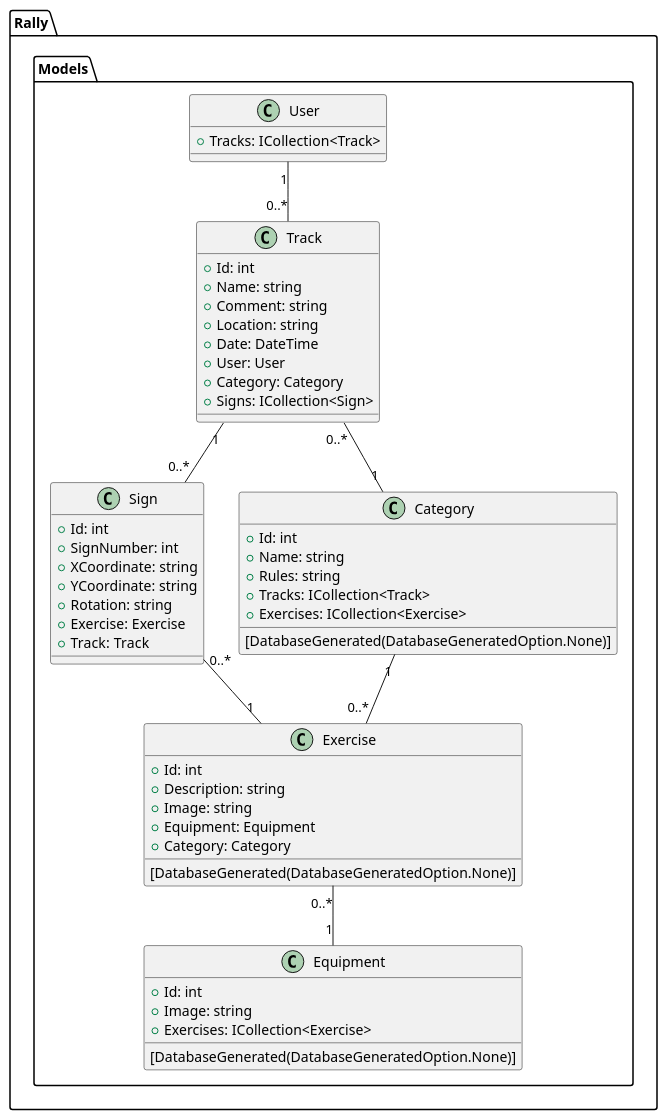
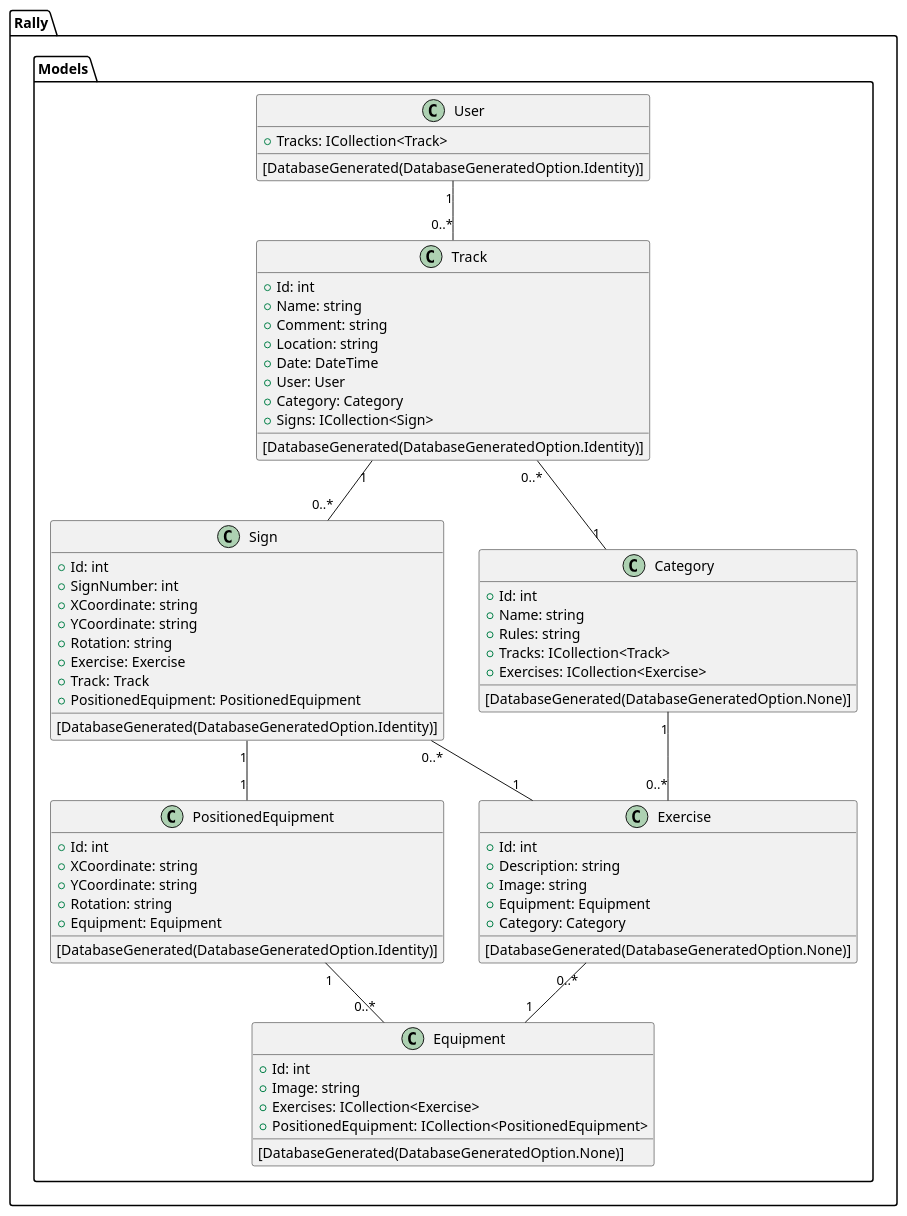
Before and after one commit to DMOoF23-Team7-CAT/Project-Team7-Semester3: the diagram in Dodumentation/DSD_Models.wsd, drawn with PlantUML. The commit also changed 14 other files, not shown here.

Commit message:
added PositionEquipment and Create Dto'es and changed image to byte[]

```diff
--- a/Dodumentation/DSD_Models.wsd
+++ b/Dodumentation/DSD_Models.wsd
@@ -1,65 +1,81 @@
 @startuml Design Class Diagram for models
 
 namespace Rally.Models {
     class User {
         + Tracks: ICollection<Track>
+        [DatabaseGenerated(DatabaseGeneratedOption.Identity)]
     }
 
     class Track {
         + Id: int
         + Name: string
         + Comment: string
         + Location: string
         + Date: DateTime
         + User: User
         + Category: Category
         + Signs: ICollection<Sign>
+        [DatabaseGenerated(DatabaseGeneratedOption.Identity)]
     }
 
     class Sign {
         + Id: int
         + SignNumber: int
         + XCoordinate: string
         + YCoordinate: string
         + Rotation: string
         + Exercise: Exercise
         + Track: Track
+        + PositionedEquipment: PositionedEquipment
+        [DatabaseGenerated(DatabaseGeneratedOption.Identity)]
     }
 
-    class Exercise {
-        [DatabaseGenerated(DatabaseGeneratedOption.None)]
+    class PositionedEquipment {
         + Id: int
-        + Description: string
-        + Image: string
+        + XCoordinate: string
+        + YCoordinate: string
+        + Rotation: string
         + Equipment: Equipment
-        + Category: Category
+        [DatabaseGenerated(DatabaseGeneratedOption.Identity)]
     }
 
     class Equipment {
         [DatabaseGenerated(DatabaseGeneratedOption.None)]
         + Id: int
         + Image: string
         + Exercises: ICollection<Exercise>
+        + PositionedEquipment: ICollection<PositionedEquipment>
+    }
+
+    class Exercise {
+    [DatabaseGenerated(DatabaseGeneratedOption.None)]
+    + Id: int
+    + Description: string
+    + Image: string
+    + Equipment: Equipment
+    + Category: Category
     }
 
     class Category {
         [DatabaseGenerated(DatabaseGeneratedOption.None)]
         + Id: int
         + Name: string
         + Rules: string
         + Tracks: ICollection<Track>
         + Exercises: ICollection<Exercise>
     }
 
     User "1" -- "0..*" Track
     Track "0..*" -- "1" Category
     Track "1" -- "0..*" Sign
     Sign "0..*" -- "1" Exercise
+    Sign "1" -- "1" PositionedEquipment
+    PositionedEquipment "1" -- "0..*" Equipment
     Exercise "0..*" -- "1" Equipment
     Category "1" -- "0..*" Exercise
 
 }
 
 
 
 @enduml
```
